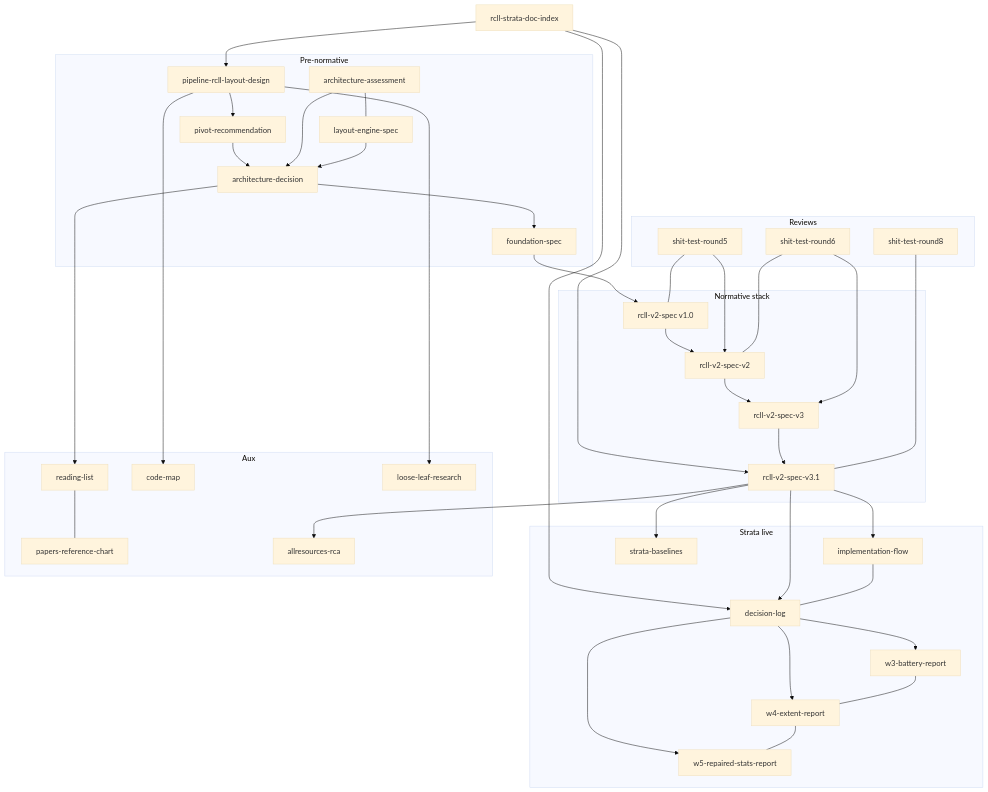
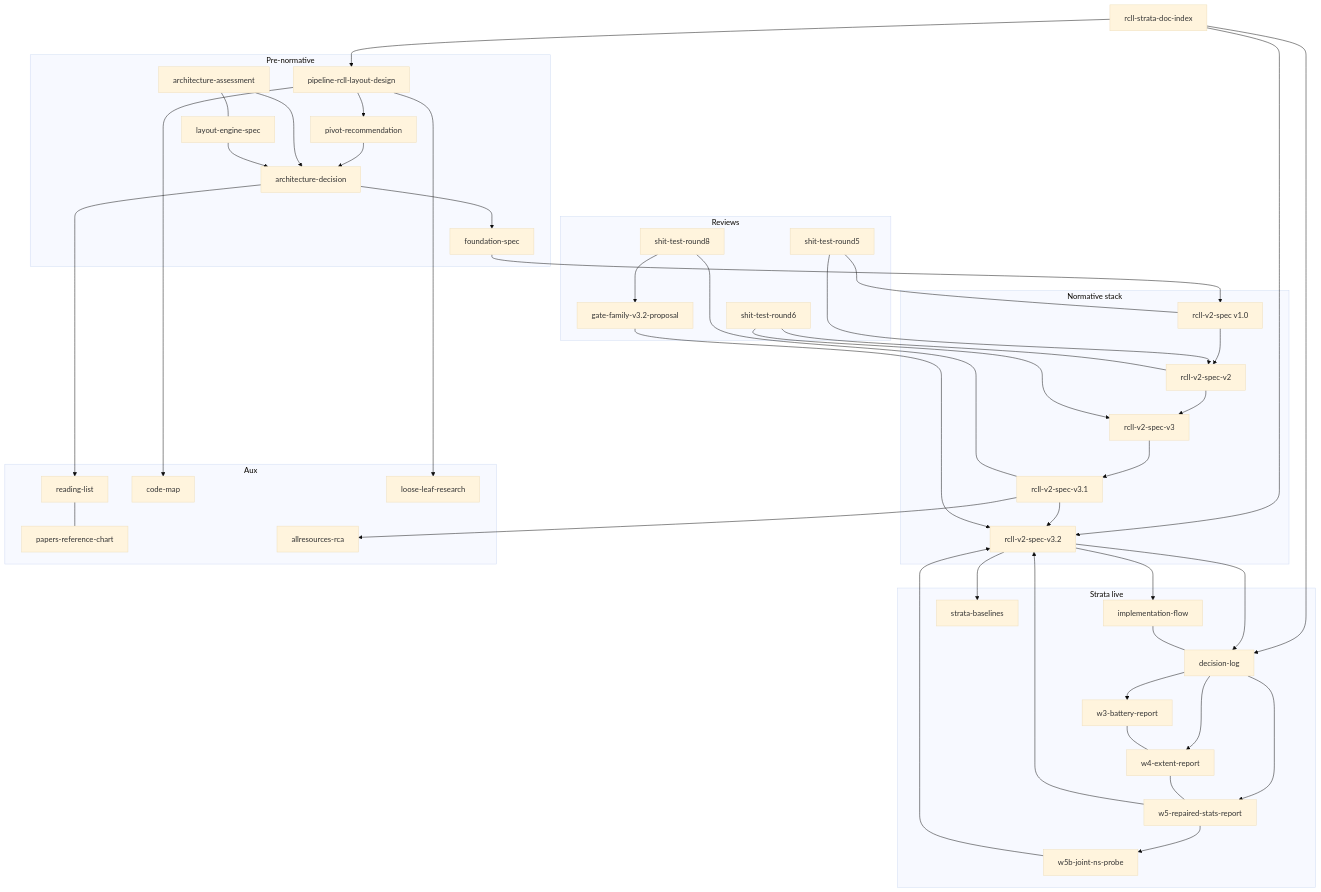
Before and after one commit to TusharSariya/excalidraw-tf: the diagram in docs/rcll-strata-doc-index.md, drawn with Mermaid (base theme). The commit also changed other lines of this file and 4 other files, not shown here.

First line of the commit message:
docs(strata): adopt spec v3.2 — gate family becomes normative (SDEC-55)

```diff
--- a/docs/rcll-strata-doc-index.md
+++ b/docs/rcll-strata-doc-index.md
@@ -104,12 +106,14 @@
     V2[rcll-v2-spec-v2]
     V3[rcll-v2-spec-v3]
     V31[rcll-v2-spec-v3.1]
+    V32[rcll-v2-spec-v3.2]
   end
 
   subgraph reviews [Reviews]
     R5[shit-test-round5]
     R6[shit-test-round6]
     R8[shit-test-round8]
+    Prop[gate-family-v3.2-proposal]
   end
 
   subgraph strata [Strata live]
@@ -118,6 +122,7 @@
     W3[w3-battery-report]
     W4[w4-extent-report]
     W5[w5-repaired-stats-report]
+    W5b[w5b-joint-ns-probe]
     Base[strata-baselines]
   end
 
@@ -129,7 +134,7 @@
     RCA[allresources-rca]
   end
 
-  Hub --> V31
+  Hub --> V32
   Hub --> Log
   Hub --> RFC
 
@@ -148,16 +153,22 @@
   R6 --> V3
   V3 --> V31
   R8 --- V31
+  V31 --> V32
+  R8 --> Prop
+  Prop --> V32
+  W5 --> V32
+  W5b --> V32
 
-  V31 --> Flow
-  V31 --> Log
+  V32 --> Flow
+  V32 --> Log
   Flow --- Log
   Log --> W3
   Log --> W4
   Log --> W5
+  W5 --> W5b
   W3 --- W4
   W4 --- W5
-  V31 --> Base
+  V32 --> Base
 
   ArchDec --> ReadList
   ReadList --- Papers
```
